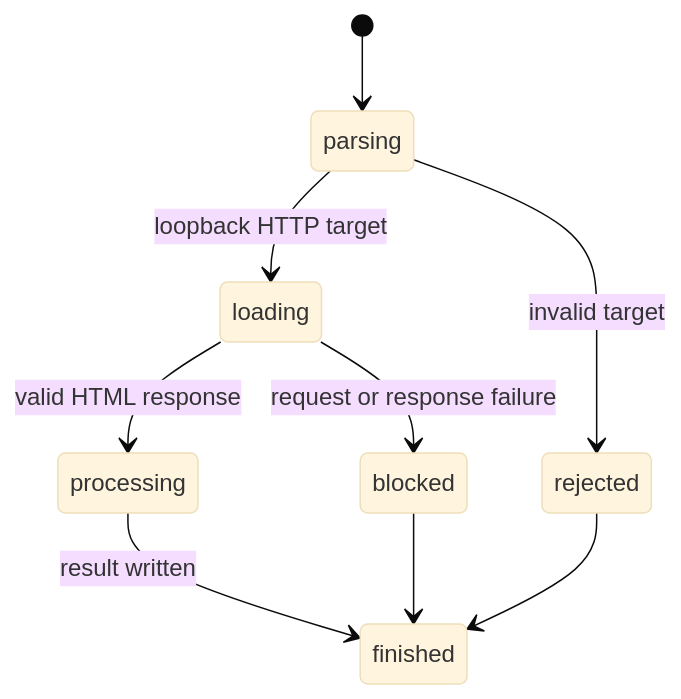
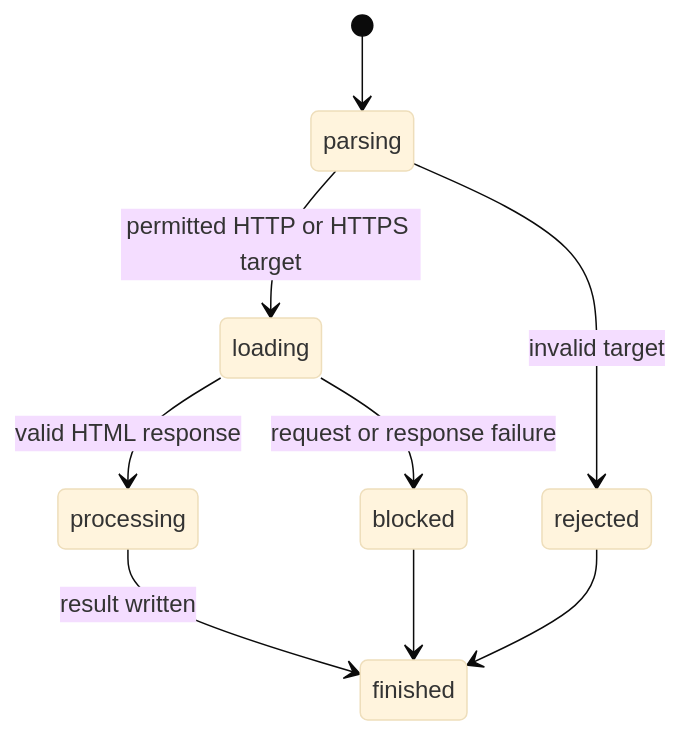
Before and after one commit to thoriqakbar0/browser.jr: the diagram in loading/open-page.md, drawn with Mermaid (base theme). The commit also changed other lines of this file and 12 other files, not shown here.

````diff
--- a/loading/open-page.md
+++ b/loading/open-page.md
@@ -19,11 +19,11 @@
 ```mermaid
 stateDiagram-v2
     [*] --> parsing
     parsing --> rejected : invalid target
-    parsing --> loading : loopback HTTP target
+    parsing --> loading : permitted HTTP or HTTPS target
     loading --> processing : valid HTML response
     loading --> blocked : request or response failure
     processing --> finished : result written
     blocked --> finished
     rejected --> finished
 ```
````
